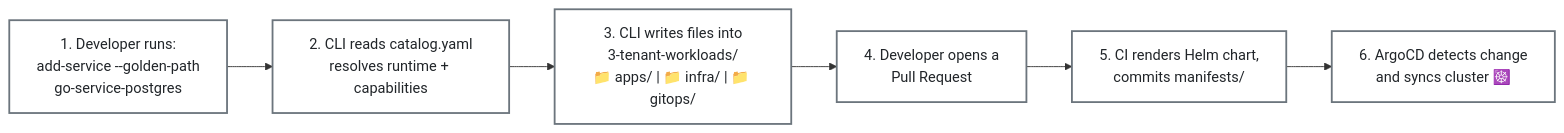
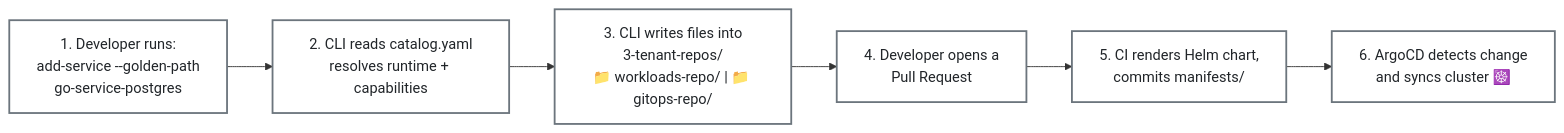
Before and after one commit to ok-karthik/internal-developer-platform: the second of 4 diagrams in README.md, drawn with Mermaid. The commit also changed other lines of this file and 12 other files, not shown here.

First line of the commit message:
docs: update PLAN.md, AGENTS.md, README.md, and runbooks for reference architecture

````diff
--- a/README.md
+++ b/README.md
@@ -228,13 +233,13 @@
 ```mermaid
 flowchart LR
     S1["1. Developer runs:<br/>add-service --golden-path<br/>go-service-postgres"]
     S2["2. CLI reads catalog.yaml<br/>resolves runtime + capabilities"]
-    S3["3. CLI writes files into<br/>3-tenant-workloads/<br/>📁 apps/ | 📁 infra/ | 📁 gitops/"]
+    S3["3. CLI writes files into<br/>3-tenant-repos/<br/>📁 workloads-repo/ | 📁 gitops-repo/"]
     S4["4. Developer opens a<br/>Pull Request"]
     S5["5. CI renders Helm chart,<br/>commits manifests/"]
     S6["6. ArgoCD detects change<br/>and syncs cluster ☸️"]
 
     S1 --> S2 --> S3 --> S4 --> S5 --> S6
 
     classDef default fill:#ffffff,stroke:#6c757d,stroke-width:2px,color:#212529;
 ```
````
